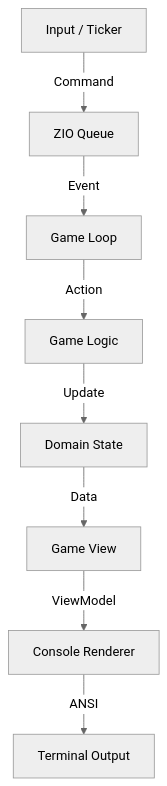
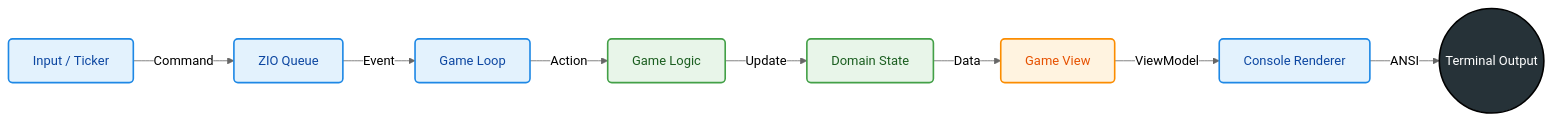
One commit to fffclaypool/monadris changed the first of 3 diagrams in README.md. Above: the diagram before and after it, drawn with Mermaid (neutral theme). The commit also changed other lines of this file and 2 other files, not shown here.

````diff
--- a/README.md
+++ b/README.md
@@ -26,10 +26,28 @@
 ```mermaid
-graph TD
-    Input[Input / Ticker] -->|Command| Queue[ZIO Queue]
-    Queue -->|Event| Loop[Game Loop]
-    Loop -->|Action| Logic[Game Logic]
-    Logic -->|Update| State[Domain State]
-    State -->|Data| View[Game View]
-    View -->|ViewModel| Renderer[Console Renderer]
-    Renderer -->|ANSI| Terminal[Terminal Output]
+graph LR
+    %% Styles
+    classDef infra fill:#e3f2fd,stroke:#1e88e5,stroke-width:2px,color:#0d47a1,rx:5,ry:5;
+    classDef core fill:#e8f5e9,stroke:#43a047,stroke-width:2px,color:#1b5e20,rx:5,ry:5;
+    classDef view fill:#fff3e0,stroke:#fb8c00,stroke-width:2px,color:#e65100,rx:5,ry:5;
+    classDef terminal fill:#263238,stroke:#000000,stroke-width:2px,color:#ffffff,rx:10,ry:10;
+
+    Input["Input / Ticker"]:::infra
+    Queue["ZIO Queue"]:::infra
+    Loop["Game Loop"]:::infra
+    Renderer["Console Renderer"]:::infra
+
+    Logic["Game Logic"]:::core
+    State["Domain State"]:::core
+
+    View["Game View"]:::view
+
+    Terminal(("Terminal Output")):::terminal
+
+    Input -->|Command| Queue
+    Queue -->|Event| Loop
+    Loop -->|Action| Logic
+    Logic -->|Update| State
+    State -->|Data| View
+    View -->|ViewModel| Renderer
+    Renderer -->|ANSI| Terminal
 ```
````
